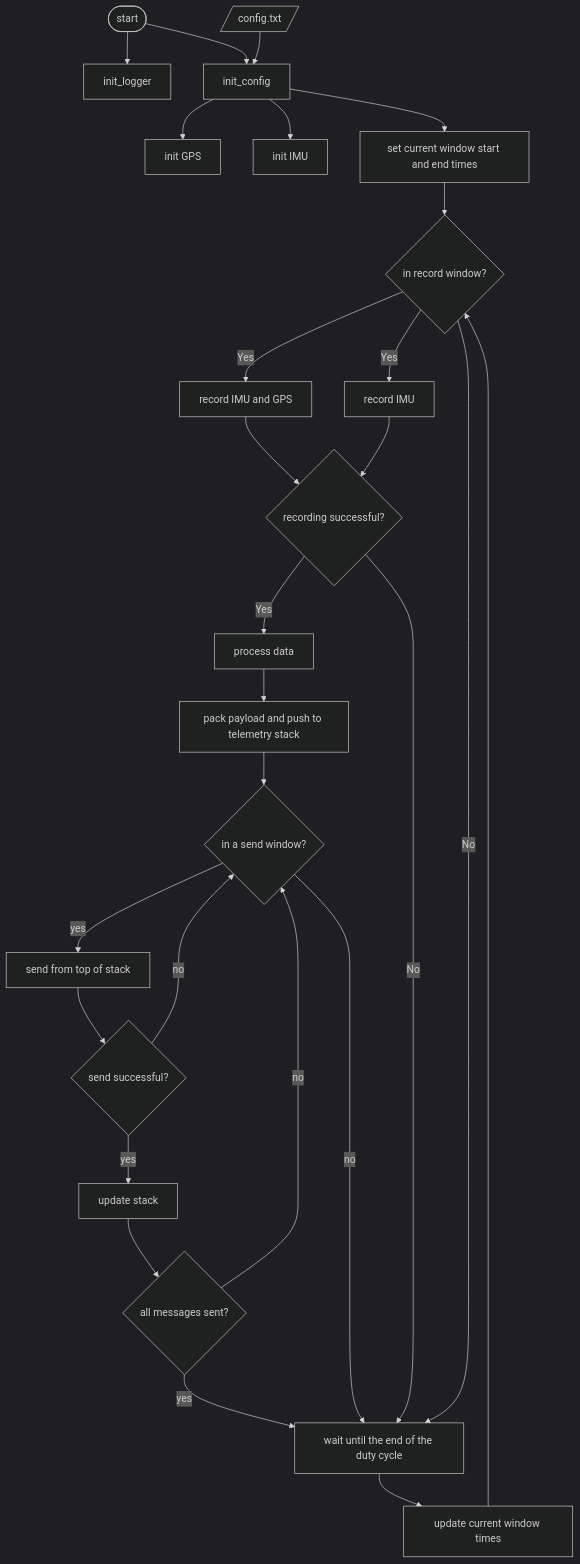
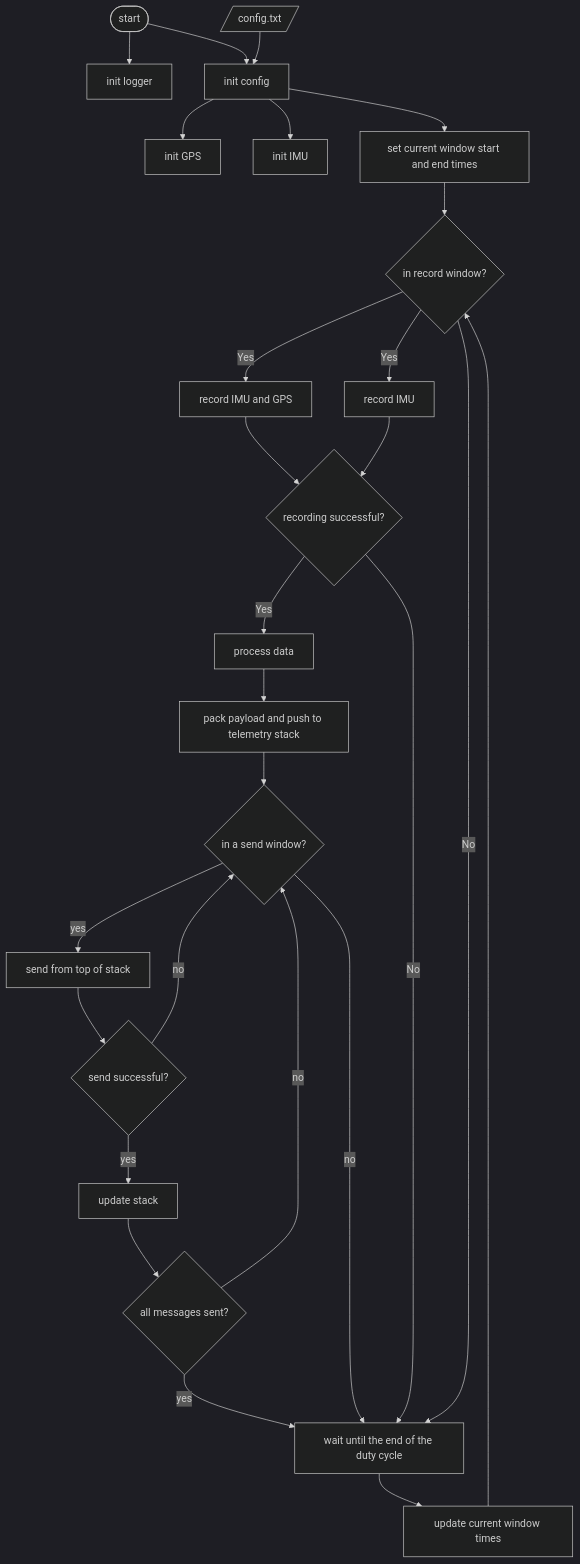
Before and after one commit to SASlabgroup/microSWIFT: the first of 6 diagrams in doc/Design.md, drawn with Mermaid (dark theme). The commit also changed other lines of this file, not shown here.

Commit message:
updates main flow

````diff
--- a/doc/Design.md
+++ b/doc/Design.md
@@ -54,31 +54,31 @@
 ```mermaid
 flowchart TD;
-    start([start])-->logger["init_logger"] & config["init_config"];
+    start([start])-->logger["init logger"] & config["init config"];
     user_config[/config.txt/]-->config
     config-->gps["init GPS"] & imu["init IMU"] & set_time["set current window start and end times"];
     set_time-->in_record{"in record window?"};
 
     in_record-->|Yes| record_gps["record IMU and GPS"] & record_imu["record IMU"]
         record_gps & record_imu-->recording_successful{"recording successful?"};
         recording_successful-->|Yes| process["process data"]
             process-->pack["pack payload and push to telemetry stack"]
             pack-->in_send{"in a send window?"}
             in_send-->|yes| send["send from top of stack"];
                 send-->send_successful{"send successful?"}
                     send_successful-->|yes| update_stack["update stack"]
                         update_stack-->all_sent{"all messages sent?"}
                         all_sent-->|yes| wait
 
                         all_sent-->|no| in_send
 
                     send_successful-->|no| in_send
 
             in_send-->|no| wait
 
         recording_successful-->|No| wait
 
     in_record-->|No| wait["wait until the end of the duty cycle"]
     wait-->update_times["update current window times"]    
     update_times-->in_record
 
 ```
````
